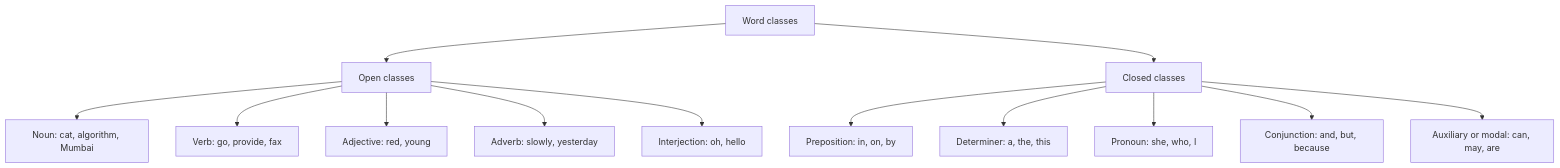
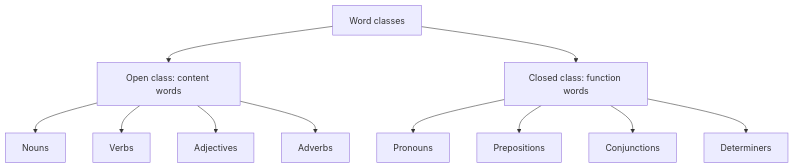
The first of 5 diagrams in content/natural-language-processing/notes/pos-tagging.mdx (TrendySloth1001/sem-seven-notes), drawn with Mermaid before and after one commit. The commit also changed other lines of this file and 406 other files, not shown here.

````diff
--- a/content/natural-language-processing/notes/pos-tagging.mdx
+++ b/content/natural-language-processing/notes/pos-tagging.mdx
@@ -83,16 +61,14 @@
 ```mermaid
-%% caption: Word classes of English. Open classes (left) take in new words; closed classes (right) are small fixed lists of function words.
+%% caption: Word classes as the class answer splits them. Open classes grow with the language; closed classes stay fixed.
 flowchart TD
-  W["Word classes"] --> O["Open classes"]
-  W --> C["Closed classes"]
-  O --> O1["Noun: cat, algorithm, Mumbai"]
-  O --> O2["Verb: go, provide, fax"]
-  O --> O3["Adjective: red, young"]
-  O --> O4["Adverb: slowly, yesterday"]
-  O --> O5["Interjection: oh, hello"]
-  C --> C1["Preposition: in, on, by"]
-  C --> C2["Determiner: a, the, this"]
-  C --> C3["Pronoun: she, who, I"]
-  C --> C4["Conjunction: and, but, because"]
-  C --> C5["Auxiliary or modal: can, may, are"]
+  A["Word classes"] --> B["Open class: content words"]
+  A --> C["Closed class: function words"]
+  B --> B1["Nouns"]
+  B --> B2["Verbs"]
+  B --> B3["Adjectives"]
+  B --> B4["Adverbs"]
+  C --> C1["Pronouns"]
+  C --> C2["Prepositions"]
+  C --> C3["Conjunctions"]
+  C --> C4["Determiners"]
 ```
````
